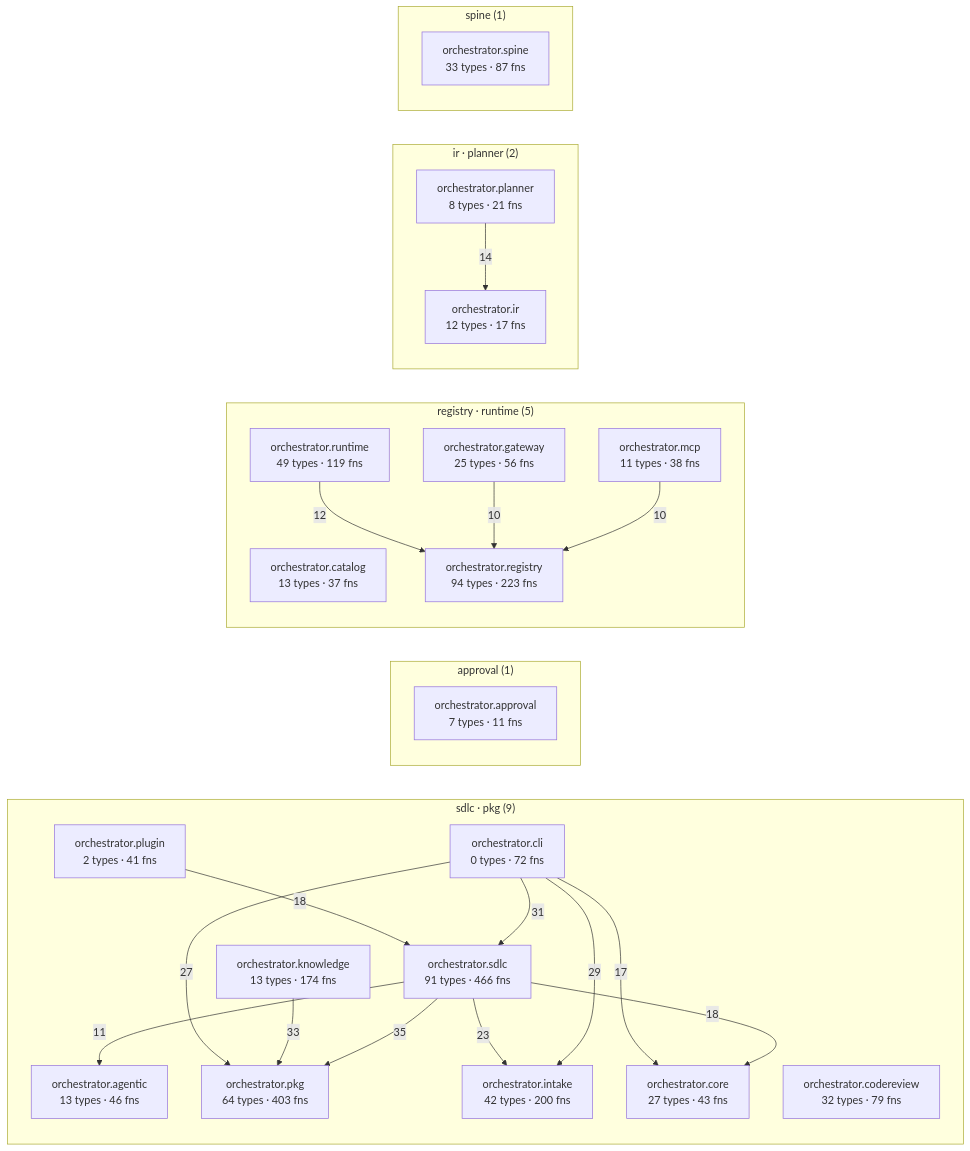
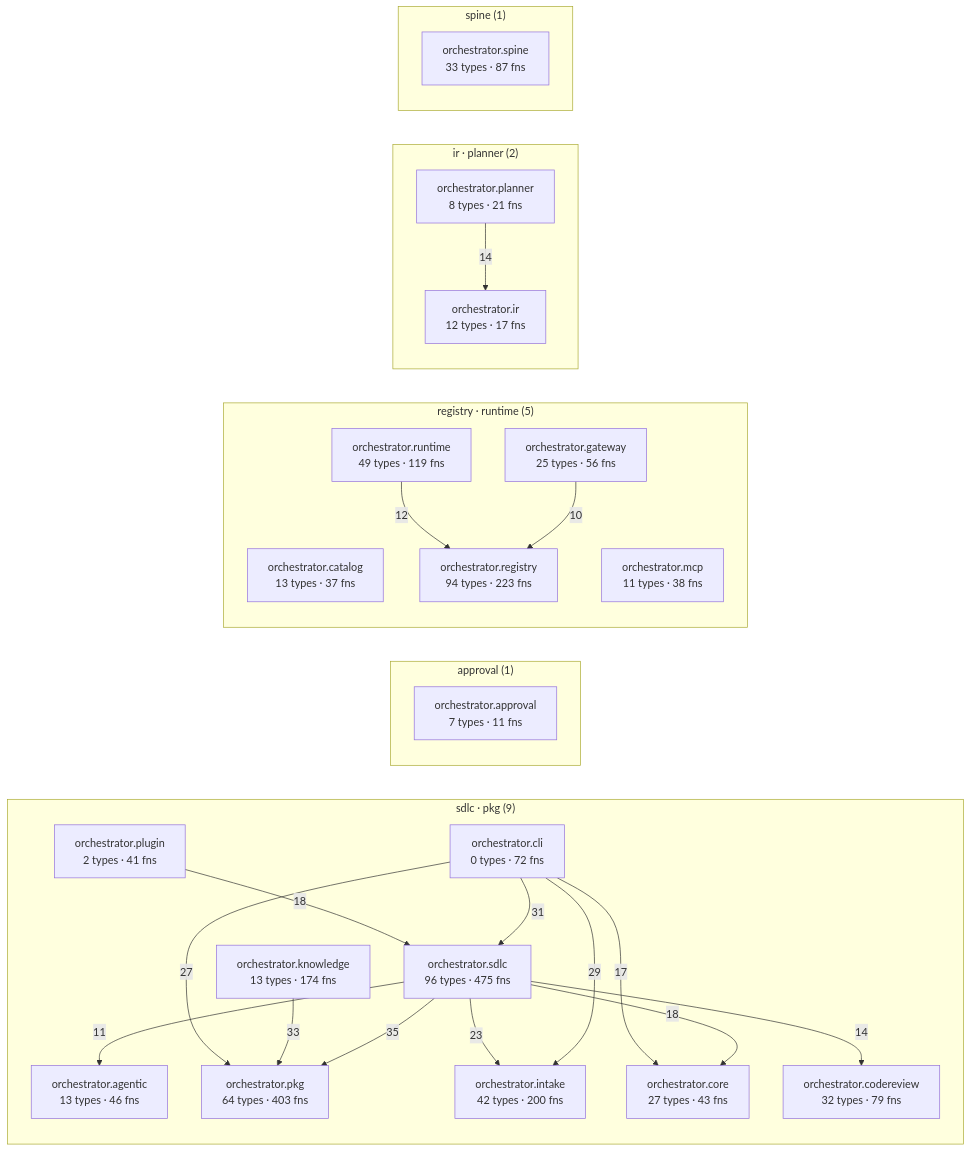
The diagram in episteme/architecture.md (synaptixs/spine), drawn with Mermaid before and after one commit. The commit also changed other lines of this file and 18 other files, not shown here.

````diff
--- a/episteme/architecture.md
+++ b/episteme/architecture.md
@@ -54,45 +54,45 @@
 ```mermaid
 flowchart LR
   subgraph c_1["sdlc · pkg (9)"]
     aorchestratoragentic["orchestrator.agentic<br/>13 types · 46 fns"]
     aorchestratorcli["orchestrator.cli<br/>0 types · 72 fns"]
     aorchestratorcodereview["orchestrator.codereview<br/>32 types · 79 fns"]
     aorchestratorcore["orchestrator.core<br/>27 types · 43 fns"]
     aorchestratorintake["orchestrator.intake<br/>42 types · 200 fns"]
     aorchestratorknowledge["orchestrator.knowledge<br/>13 types · 174 fns"]
     aorchestratorpkg["orchestrator.pkg<br/>64 types · 403 fns"]
     aorchestratorplugin["orchestrator.plugin<br/>2 types · 41 fns"]
-    aorchestratorsdlc["orchestrator.sdlc<br/>91 types · 466 fns"]
+    aorchestratorsdlc["orchestrator.sdlc<br/>96 types · 475 fns"]
   end
   subgraph c_2["approval (1)"]
     aorchestratorapproval["orchestrator.approval<br/>7 types · 11 fns"]
   end
   subgraph c_3["registry · runtime (5)"]
     aorchestratorcatalog["orchestrator.catalog<br/>13 types · 37 fns"]
     aorchestratorgateway["orchestrator.gateway<br/>25 types · 56 fns"]
     aorchestratormcp["orchestrator.mcp<br/>11 types · 38 fns"]
     aorchestratorregistry["orchestrator.registry<br/>94 types · 223 fns"]
     aorchestratorruntime["orchestrator.runtime<br/>49 types · 119 fns"]
   end
   subgraph c_7["ir · planner (2)"]
     aorchestratorir["orchestrator.ir<br/>12 types · 17 fns"]
     aorchestratorplanner["orchestrator.planner<br/>8 types · 21 fns"]
   end
   subgraph c_11["spine (1)"]
     aorchestratorspine["orchestrator.spine<br/>33 types · 87 fns"]
   end
   aorchestratorsdlc -->|35| aorchestratorpkg
   aorchestratorknowledge -->|33| aorchestratorpkg
   aorchestratorcli -->|31| aorchestratorsdlc
   aorchestratorcli -->|29| aorchestratorintake
   aorchestratorcli -->|27| aorchestratorpkg
   aorchestratorsdlc -->|23| aorchestratorintake
   aorchestratorplugin -->|18| aorchestratorsdlc
   aorchestratorsdlc -->|18| aorchestratorcore
   aorchestratorcli -->|17| aorchestratorcore
   aorchestratorplanner -->|14| aorchestratorir
+  aorchestratorsdlc -->|14| aorchestratorcodereview
   aorchestratorruntime -->|12| aorchestratorregistry
   aorchestratorsdlc -->|11| aorchestratoragentic
   aorchestratorgateway -->|10| aorchestratorregistry
-  aorchestratormcp -->|10| aorchestratorregistry
 ```
````
